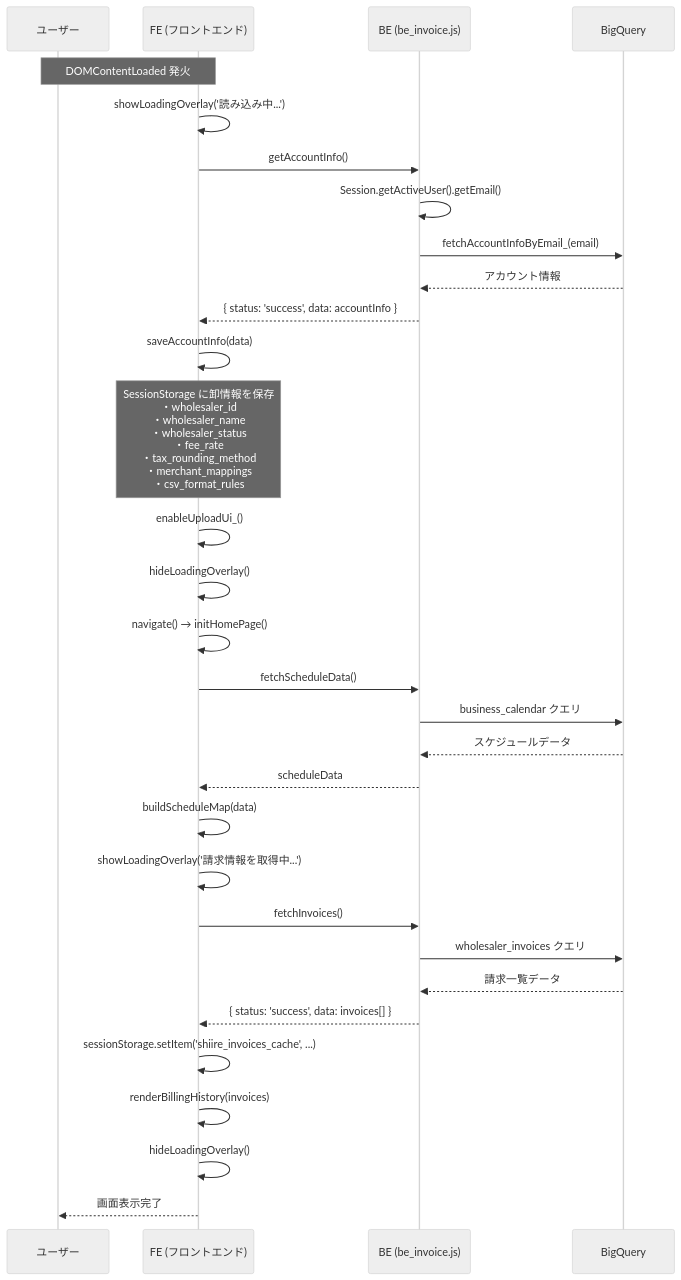
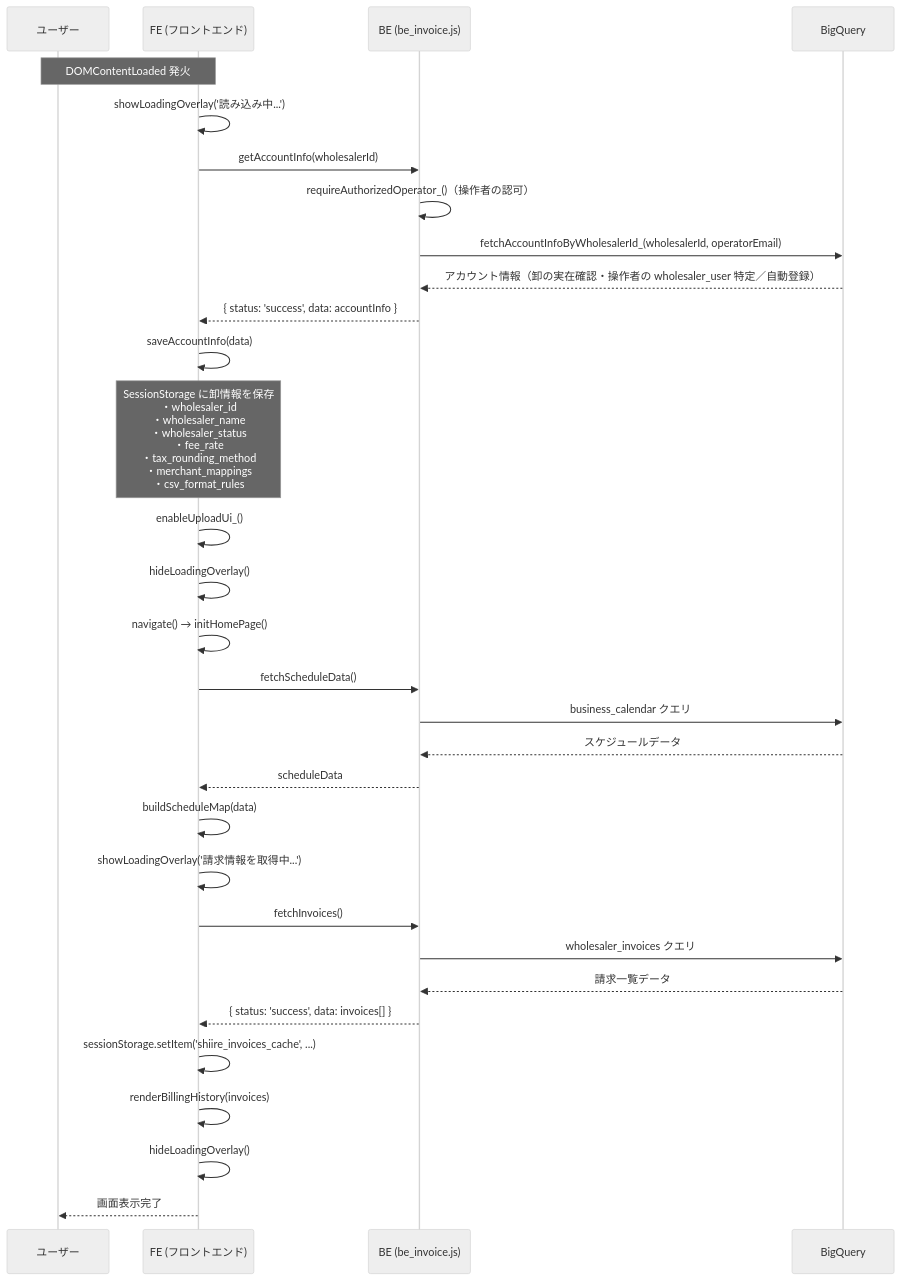
The second of 6 diagrams in docs/specifications/01_top_page.md (USEN-PAY-Products/connect-wholesale-gas-poc), drawn with Mermaid (neutral theme) before and after one commit. The commit also changed other lines of this file and 4 other files, not shown here.

````diff
--- a/docs/specifications/01_top_page.md
+++ b/docs/specifications/01_top_page.md
@@ -94,38 +94,38 @@
 ```mermaid
 sequenceDiagram
     participant U as ユーザー
     participant FE as FE (フロントエンド)
     participant BE as BE (be_invoice.js)
     participant BQ as BigQuery
 
     Note over U,FE: DOMContentLoaded 発火
     FE->>FE: showLoadingOverlay('読み込み中...')
-    FE->>BE: getAccountInfo()
-    BE->>BE: Session.getActiveUser().getEmail()
-    BE->>BQ: fetchAccountInfoByEmail_(email)
-    BQ-->>BE: アカウント情報
+    FE->>BE: getAccountInfo(wholesalerId)
+    BE->>BE: requireAuthorizedOperator_()（操作者の認可）
+    BE->>BQ: fetchAccountInfoByWholesalerId_(wholesalerId, operatorEmail)
+    BQ-->>BE: アカウント情報（卸の実在確認・操作者の wholesaler_user 特定／自動登録）
     BE-->>FE: { status: 'success', data: accountInfo }
 
     FE->>FE: saveAccountInfo(data)
     Note over FE: SessionStorage に卸情報を保存<br/>・wholesaler_id<br/>・wholesaler_name<br/>・wholesaler_status<br/>・fee_rate<br/>・tax_rounding_method<br/>・merchant_mappings<br/>・csv_format_rules
     FE->>FE: enableUploadUi_()
     FE->>FE: hideLoadingOverlay()
     FE->>FE: navigate() → initHomePage()
 
     FE->>BE: fetchScheduleData()
     BE->>BQ: business_calendar クエリ
     BQ-->>BE: スケジュールデータ
     BE-->>FE: scheduleData
     FE->>FE: buildScheduleMap(data)
 
     FE->>FE: showLoadingOverlay('請求情報を取得中...')
     FE->>BE: fetchInvoices()
     BE->>BQ: wholesaler_invoices クエリ
     BQ-->>BE: 請求一覧データ
     BE-->>FE: { status: 'success', data: invoices[] }
 
     FE->>FE: sessionStorage.setItem('shiire_invoices_cache', ...)
     FE->>FE: renderBillingHistory(invoices)
     FE->>FE: hideLoadingOverlay()
     FE-->>U: 画面表示完了
 ```
````
